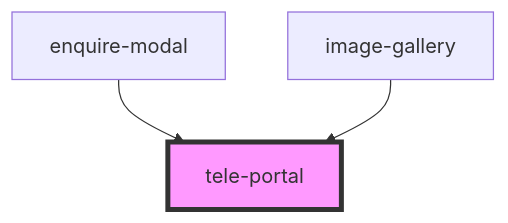
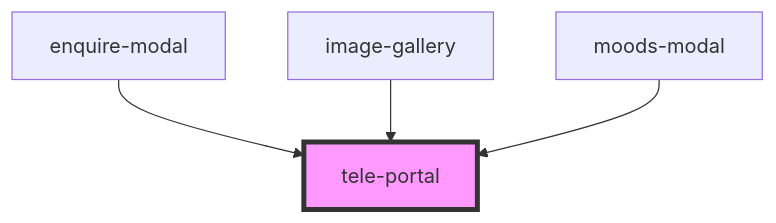
The diagram in src/components/tele-portal/readme.md (the-design-release/leibal-components), drawn with Mermaid before and after one commit. The commit also changed other lines of this file and 10 other files, not shown here.

````diff
--- a/src/components/tele-portal/readme.md
+++ b/src/components/tele-portal/readme.md
@@ -16,6 +17,7 @@
 ```mermaid
 graph TD;
   enquire-modal --> tele-portal
   image-gallery --> tele-portal
+  moods-modal --> tele-portal
   style tele-portal fill:#f9f,stroke:#333,stroke-width:4px
 ```
````
